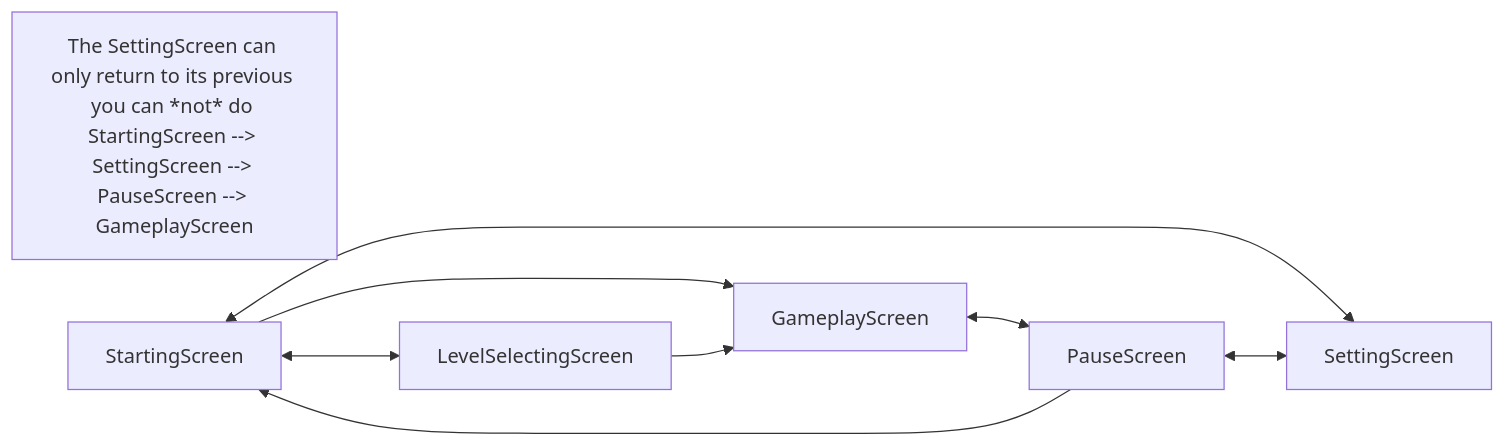
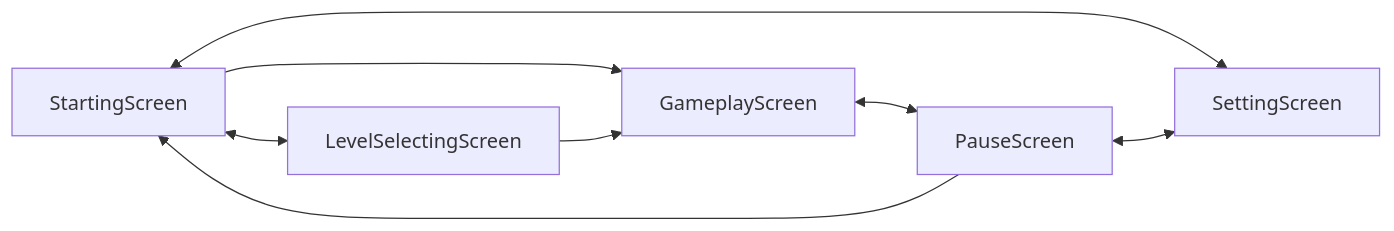
The diagram in screens/README.md (dRoycon/HS_SoftwareEngineeringProject), drawn with Mermaid before and after one commit. The commit also changed other lines of this file, not shown here.

Commit message:
modified:   screens/README.md

````diff
--- a/screens/README.md
+++ b/screens/README.md
@@ -4,16 +4,13 @@
 ``` mermaid
 flowchart LR
-
-    id["The SettingScreen can only return to its previous you can *not* do StartingScreen --> SettingScreen --> PauseScreen --> GameplayScreen"]
 
     StartingScreen --> GameplayScreen
     StartingScreen <--> LevelSelectingScreen
     StartingScreen <--> SettingScreen
 
     LevelSelectingScreen --> GameplayScreen
 
     GameplayScreen <--> PauseScreen
     PauseScreen <--> SettingScreen
     PauseScreen --> StartingScreen
-
 ```
````
